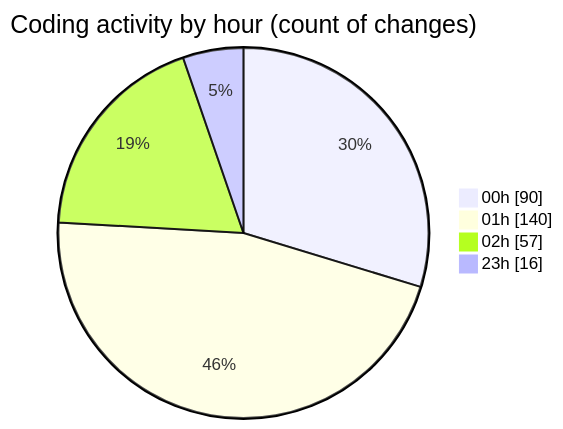
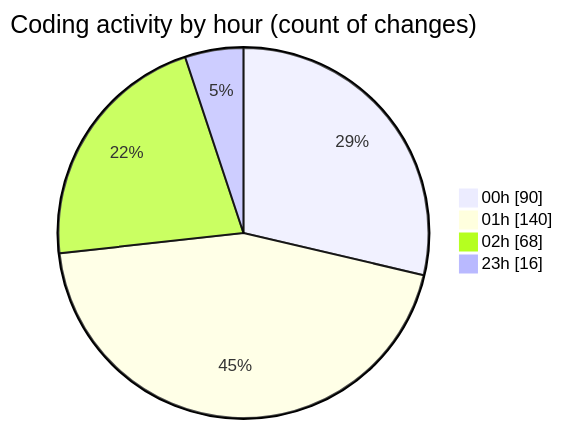
The second of 2 diagrams in 2025-05-26/projects/README.md (Ritupan-Deka/code-tracking), drawn with Mermaid before and after one commit. The commit also changed other lines of this file and 1 other file, not shown here.

````diff
--- a/2025-05-26/projects/README.md
+++ b/2025-05-26/projects/README.md
@@ -33,8 +33,8 @@
 ```mermaid
 pie showData
 title Coding activity by hour (count of changes)
 "00h" : 90
 "01h" : 140
-"02h" : 57
+"02h" : 68
 "23h" : 16
 ```
````
